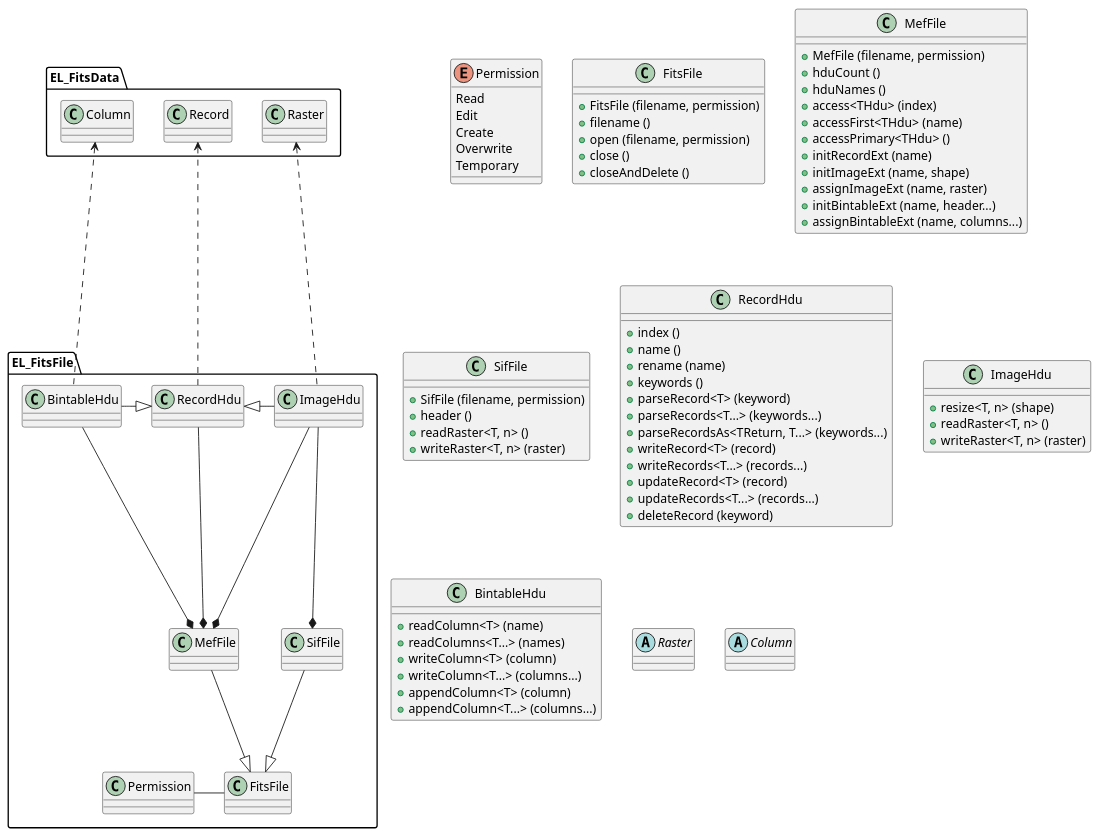
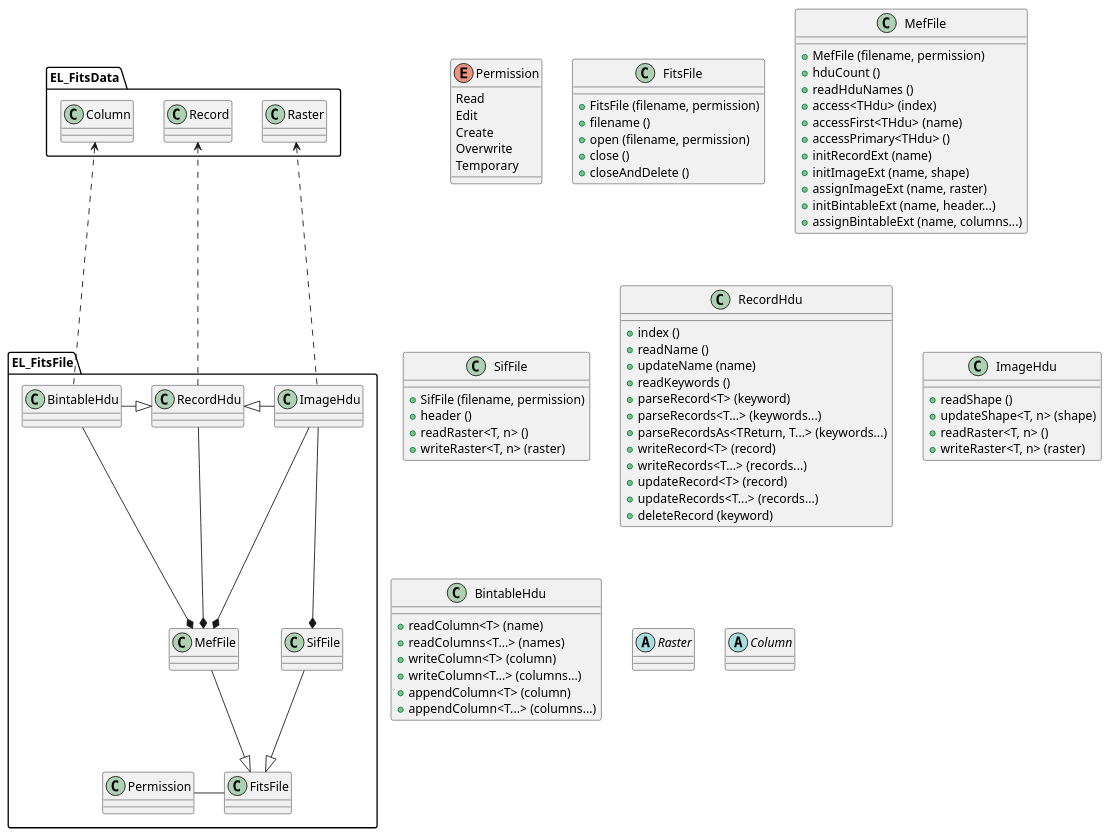
One commit to CNES/EleFits changed the diagram in doc/diagrams/src/FitsFile.puml. Above: the diagram before and after it, drawn with PlantUML. The commit also changed 30 other files, not shown here.

```diff
--- a/doc/diagrams/src/FitsFile.puml
+++ b/doc/diagrams/src/FitsFile.puml
@@ -1,99 +1,100 @@
 @startuml
 
 package EL_FitsFile {
 
 RecordHdu <|- ImageHdu
 BintableHdu -|> RecordHdu
 
 BintableHdu --* MefFile
 RecordHdu --* MefFile
 ImageHdu --* MefFile
 
 MefFile --|> FitsFile
 SifFile --|> FitsFile
 ImageHdu --* SifFile
 
 Permission - FitsFile
 
 }
 
 package EL_FitsData {
 
 Raster <.. ImageHdu
 Column <.. BintableHdu
 Record <.. RecordHdu
 
 }
 
 enum Permission {
 Read
 Edit
 Create
 Overwrite
 Temporary
 }
 
 class FitsFile {
 + FitsFile (filename, permission)
 + filename ()
 + open (filename, permission)
 + close ()
 + closeAndDelete ()
 }
 
 class MefFile {
 + MefFile (filename, permission)
 + hduCount ()
-+ hduNames ()
++ readHduNames ()
 + access<THdu> (index)
 + accessFirst<THdu> (name)
 + accessPrimary<THdu> ()
 + initRecordExt (name)
 + initImageExt (name, shape)
 + assignImageExt (name, raster)
 + initBintableExt (name, header...)
 + assignBintableExt (name, columns...)
 }
 
 class SifFile {
 + SifFile (filename, permission)
 + header ()
 + readRaster<T, n> ()
 + writeRaster<T, n> (raster)
 }
 
 class RecordHdu {
 + index ()
-+ name ()
-+ rename (name)
-+ keywords ()
++ readName ()
++ updateName (name)
++ readKeywords ()
 + parseRecord<T> (keyword)
 + parseRecords<T...> (keywords...)
 + parseRecordsAs<TReturn, T...> (keywords...)
 + writeRecord<T> (record)
 + writeRecords<T...> (records...)
 + updateRecord<T> (record)
 + updateRecords<T...> (records...)
 + deleteRecord (keyword)
 }
 
 class ImageHdu {
-+ resize<T, n> (shape)
++ readShape ()
++ updateShape<T, n> (shape)
 + readRaster<T, n> ()
 + writeRaster<T, n> (raster)
 }
 
 class BintableHdu {
 + readColumn<T> (name)
 + readColumns<T...> (names)
 + writeColumn<T> (column)
 + writeColumn<T...> (columns...)
 + appendColumn<T> (column)
 + appendColumn<T...> (columns...)
 }
 
 abstract class Raster {}
 
 abstract class Column {}
 
 @enduml
```
